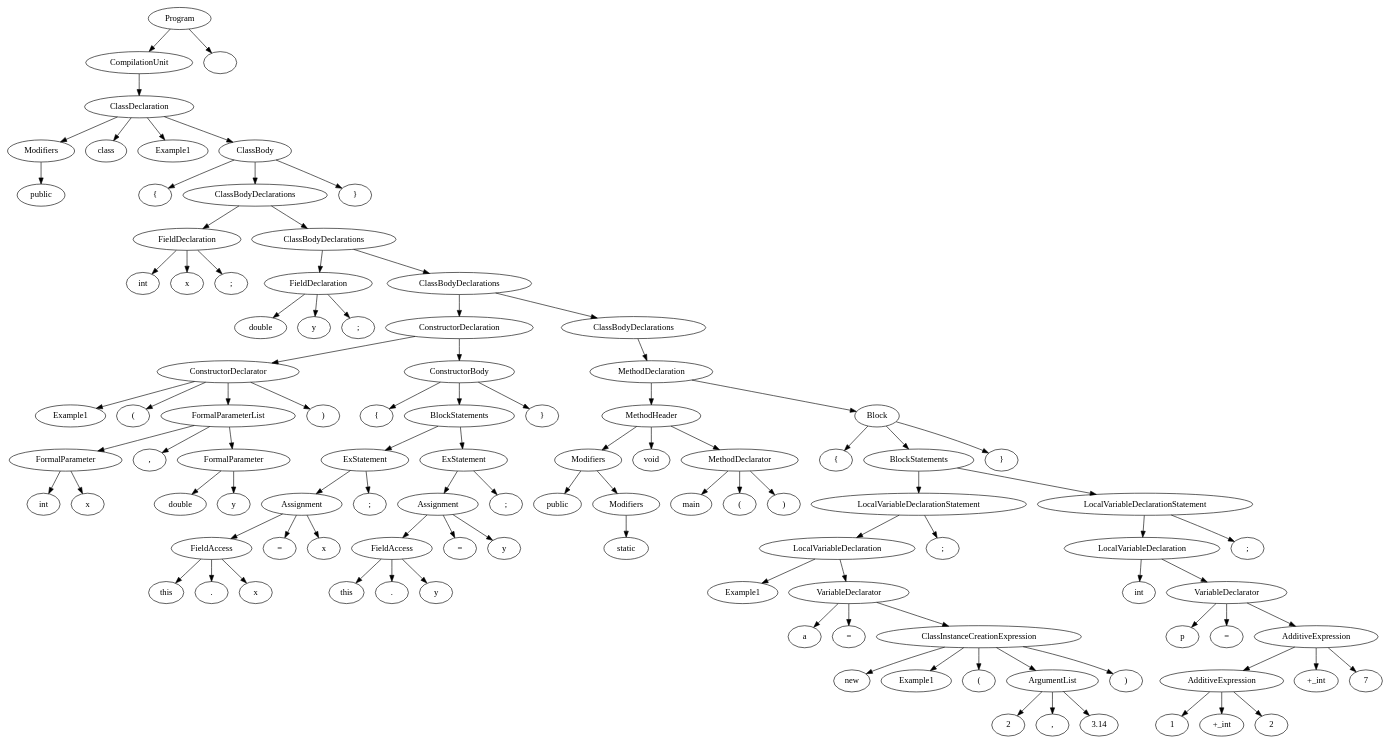
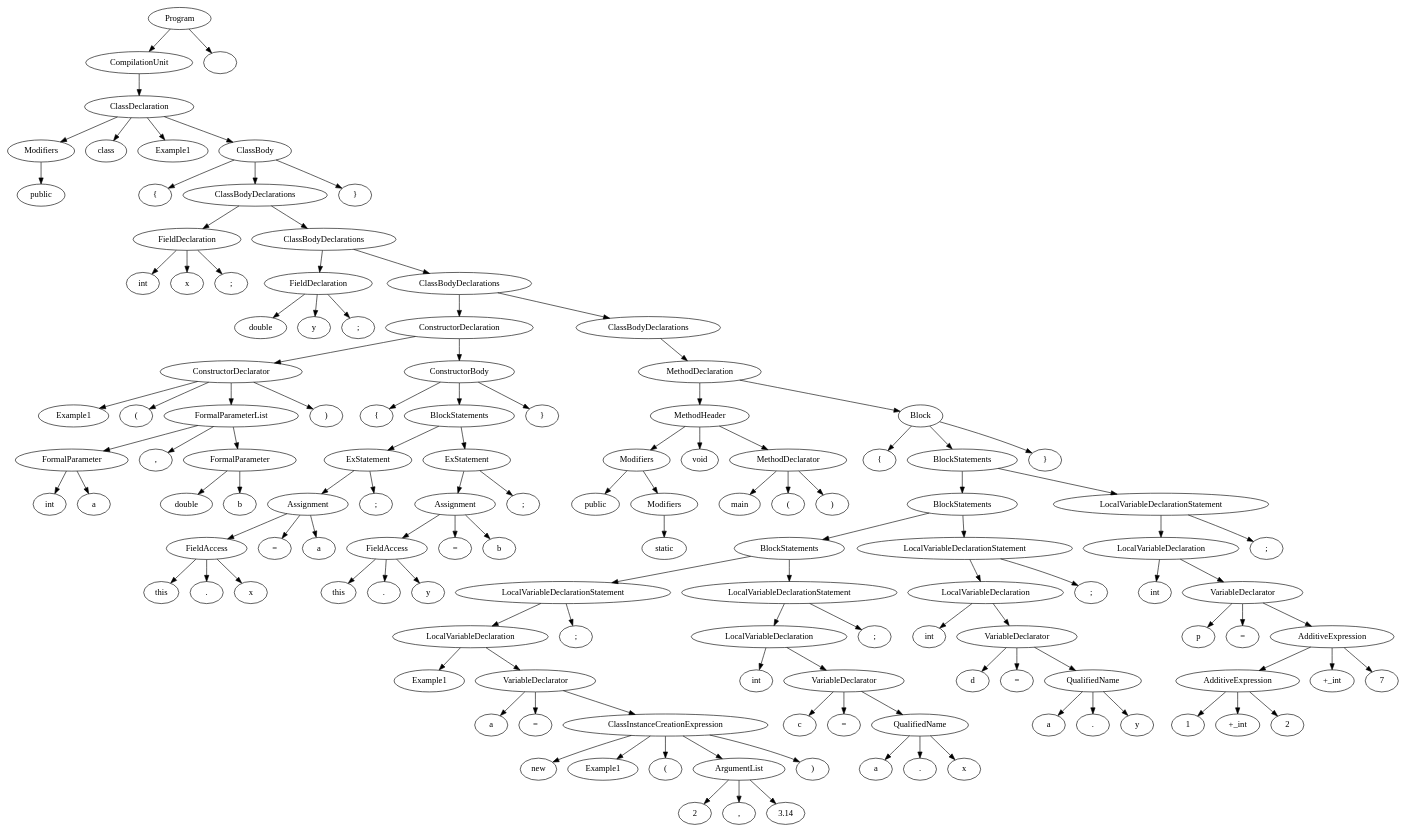
The diagram in cs335_project_200530/src/out.dot (sandeepb20/Milestone), drawn with Graphviz before and after one commit. The commit also changed 3 other files, not shown here.

```diff
--- a/cs335_project_200530/src/out.dot
+++ b/cs335_project_200530/src/out.dot
@@ -22,13 +22,13 @@
 n14 [label="Example1"]
 n15 [label="("]
 n16 [label="int"]
-n17 [label="x"]
+n17 [label="a"]
 n18 [label="FormalParameter"]
 n18->n17;
 n18->n16;
 n19 [label=","]
 n20 [label="double"]
-n21 [label="y"]
+n21 [label="b"]
 n22 [label="FormalParameter"]
 n22->n21;
 n22->n20;
@@ -51,7 +51,7 @@
 n30->n28;
 n30->n27;
 n31 [label="="]
-n32 [label="x"]
+n32 [label="a"]
 n33 [label="Assignment"]
 n33->n32;
 n33->n31;
@@ -68,7 +68,7 @@
 n39->n37;
 n39->n36;
 n40 [label="="]
-n41 [label="y"]
+n41 [label="b"]
 n42 [label="Assignment"]
 n42->n41;
 n42->n40;
@@ -140,68 +140,116 @@
 n75->n74;
 n75->n73;
 n76 [label="int"]
-n77 [label="p"]
+n77 [label="c"]
 n78 [label="="]
-n79 [label="1"]
-n80 [label="+_int"]
-n81 [label="2"]
-n82 [label="AdditiveExpression"]
+n79 [label="a"]
+n80 [label="."]
+n81 [label="x"]
+n82 [label="QualifiedName"]
 n82->n81;
 n82->n80;
 n82->n79;
-n83 [label="+_int"]
-n84 [label="7"]
-n85 [label="AdditiveExpression"]
-n85->n84;
-n85->n83;
-n85->n82;
-n86 [label="VariableDeclarator"]
+n83 [label="VariableDeclarator"]
+n83->n82;
+n83->n78;
+n83->n77;
+n84 [label="LocalVariableDeclaration"]
+n84->n83;
+n84->n76;
+n85 [label=";"]
+n86 [label="LocalVariableDeclarationStatement"]
 n86->n85;
-n86->n78;
-n86->n77;
-n87 [label="LocalVariableDeclaration"]
+n86->n84;
+n87 [label="BlockStatements"]
 n87->n86;
-n87->n76;
-n88 [label=";"]
-n89 [label="LocalVariableDeclarationStatement"]
-n89->n88;
-n89->n87;
-n90 [label="BlockStatements"]
-n90->n89;
-n90->n75;
-n91 [label="}"]
-n92 [label="Block"]
-n92->n91;
-n92->n90;
-n92->n59;
-n93 [label="MethodDeclaration"]
-n93->n92;
-n93->n58;
-n94 [label="ClassBodyDeclarations"]
+n87->n75;
+n88 [label="int"]
+n89 [label="d"]
+n90 [label="="]
+n91 [label="a"]
+n92 [label="."]
+n93 [label="y"]
+n94 [label="QualifiedName"]
 n94->n93;
-n95 [label="ClassBodyDeclarations"]
+n94->n92;
+n94->n91;
+n95 [label="VariableDeclarator"]
 n95->n94;
-n95->n48;
-n96 [label="ClassBodyDeclarations"]
+n95->n90;
+n95->n89;
+n96 [label="LocalVariableDeclaration"]
 n96->n95;
-n96->n13;
-n97 [label="ClassBodyDeclarations"]
-n97->n96;
-n97->n9;
-n98 [label="}"]
-n99 [label="ClassBody"]
+n96->n88;
+n97 [label=";"]
+n98 [label="LocalVariableDeclarationStatement"]
+n98->n97;
+n98->n96;
+n99 [label="BlockStatements"]
 n99->n98;
-n99->n97;
-n99->n5;
-n100 [label="ClassDeclaration"]
-n100->n99;
-n100->n4;
-n100->n3;
-n100->n2;
-n101 [label="CompilationUnit"]
-n101->n100;
-n102 [label="Program"]
-n102->n103;
-n102->n101;
-n103 [label=""]
+n99->n87;
+n100 [label="int"]
+n101 [label="p"]
+n102 [label="="]
+n103 [label="1"]
+n104 [label="+_int"]
+n105 [label="2"]
+n106 [label="AdditiveExpression"]
+n106->n105;
+n106->n104;
+n106->n103;
+n107 [label="+_int"]
+n108 [label="7"]
+n109 [label="AdditiveExpression"]
+n109->n108;
+n109->n107;
+n109->n106;
+n110 [label="VariableDeclarator"]
+n110->n109;
+n110->n102;
+n110->n101;
+n111 [label="LocalVariableDeclaration"]
+n111->n110;
+n111->n100;
+n112 [label=";"]
+n113 [label="LocalVariableDeclarationStatement"]
+n113->n112;
+n113->n111;
+n114 [label="BlockStatements"]
+n114->n113;
+n114->n99;
+n115 [label="}"]
+n116 [label="Block"]
+n116->n115;
+n116->n114;
+n116->n59;
+n117 [label="MethodDeclaration"]
+n117->n116;
+n117->n58;
+n118 [label="ClassBodyDeclarations"]
+n118->n117;
+n119 [label="ClassBodyDeclarations"]
+n119->n118;
+n119->n48;
+n120 [label="ClassBodyDeclarations"]
+n120->n119;
+n120->n13;
+n121 [label="ClassBodyDeclarations"]
+n121->n120;
+n121->n9;
+n122 [label="}"]
+n123 [label="ClassBody"]
+n123->n122;
+n123->n121;
+n123->n5;
+n124 [label="ClassDeclaration"]
+n124->n123;
+n124->n4;
+n124->n3;
+n124->n2;
+n125 [label="CompilationUnit"]
+n125->n124;
+n126 [label="Program"]
+n126->n127;
+n126->n125;
+n127 [label=""]
 }
```
